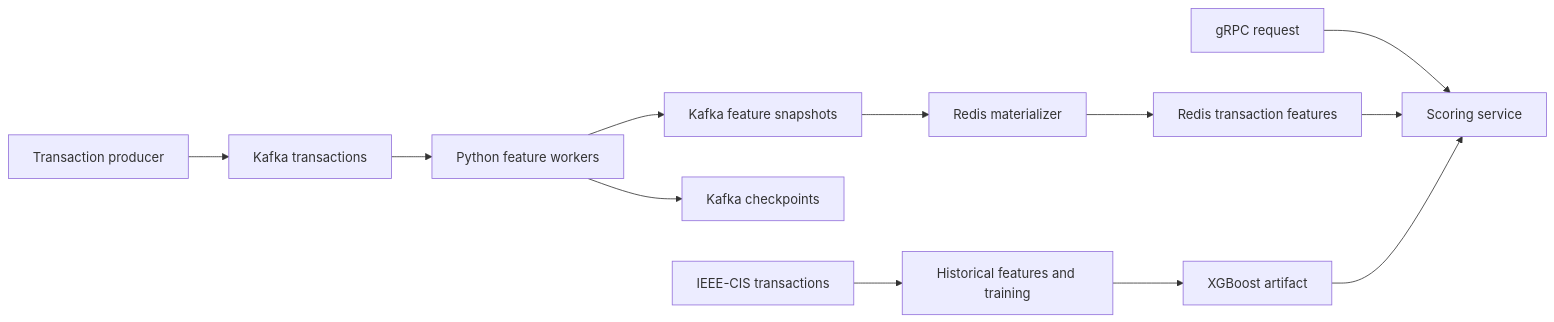
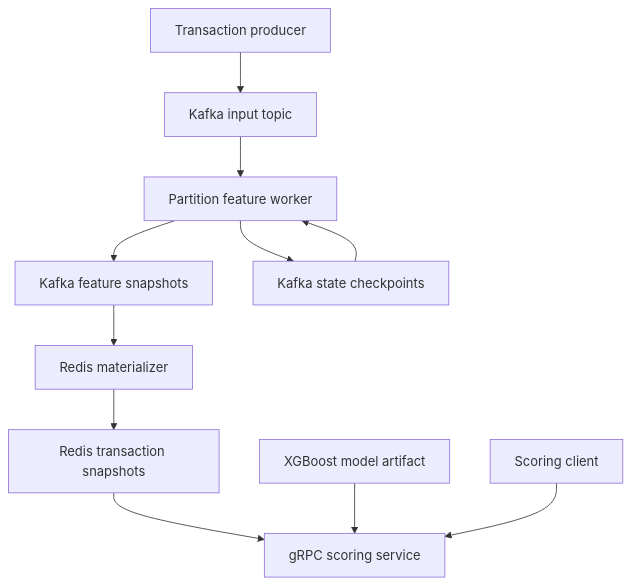
Before and after one commit to ShreyashDhakate/Real-Time-Fraud-Detection: the diagram in README.md, drawn with Mermaid. The commit also changed other lines of this file, not shown here.

````diff
--- a/README.md
+++ b/README.md
@@ -16,14 +21,13 @@
 ```mermaid
-flowchart LR
-    A[Transaction producer] --> B[Kafka transactions]
-    B --> C[Python feature workers]
-    C --> D[Kafka feature snapshots]
-    C --> E[Kafka checkpoints]
-    D --> F[Redis materializer]
-    F --> G[Redis transaction features]
-    H[gRPC request] --> I[Scoring service]
-    G --> I
-    J[XGBoost artifact] --> I
-    K[IEEE-CIS transactions] --> L[Historical features and training]
-    L --> J
+flowchart TD
+    P[Transaction producer] --> T[Kafka input topic]
+    T --> W[Partition feature worker]
+    W --> F[Kafka feature snapshots]
+    W --> C[Kafka state checkpoints]
+    C --> W
+    F --> M[Redis materializer]
+    M --> R[Redis transaction snapshots]
+    R --> S[gRPC scoring service]
+    A[XGBoost model artifact] --> S
+    Q[Scoring client] --> S
 ```
````
